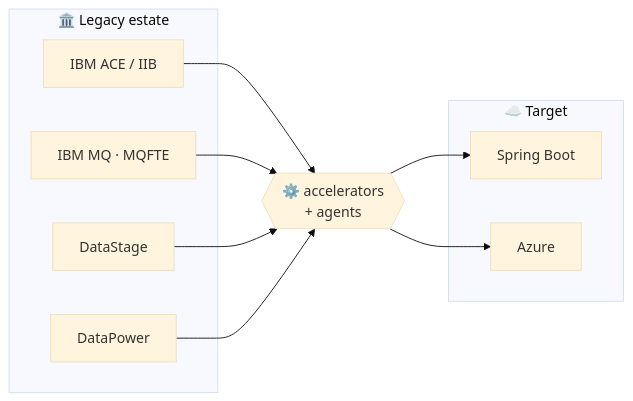
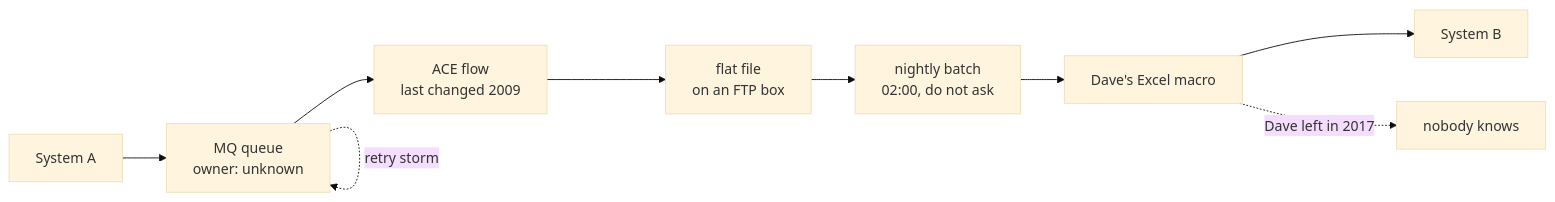
Before and after one commit to smaharajan/smaharajan: the second of 2 diagrams in README.md, drawn with Mermaid (base theme). The commit also changed other lines of this file, not shown here.

Commit message:
docs: swap architecture diagram for the honest one

````diff
--- a/README.md
+++ b/README.md
@@ -7,23 +18,11 @@
 ```mermaid
 flowchart LR
-    subgraph LEGACY["🏛️ Legacy estate"]
-        A["IBM ACE / IIB"]
-        B["IBM MQ · MQFTE"]
-        C["DataStage"]
-        D["DataPower"]
-    end
-
-    E{{"⚙️ accelerators<br/>+ agents"}}
-
-    subgraph TARGET["☁️ Target"]
-        F["Spring Boot"]
-        G["Azure"]
-    end
-
-    A --> E
-    B --> E
-    C --> E
-    D --> E
-    E --> F
-    E --> G
+    A["System A"] --> Q["MQ queue<br/>owner: unknown"]
+    Q --> ACE["ACE flow<br/>last changed 2009"]
+    ACE --> FTP["flat file<br/>on an FTP box"]
+    FTP --> JCL["nightly batch<br/>02:00, do not ask"]
+    JCL --> XLS["Dave's Excel macro"]
+    XLS --> B["System B"]
+    Q -.->|"retry storm"| Q
+    XLS -.->|"Dave left in 2017"| GH["nobody knows"]
 ```
````
